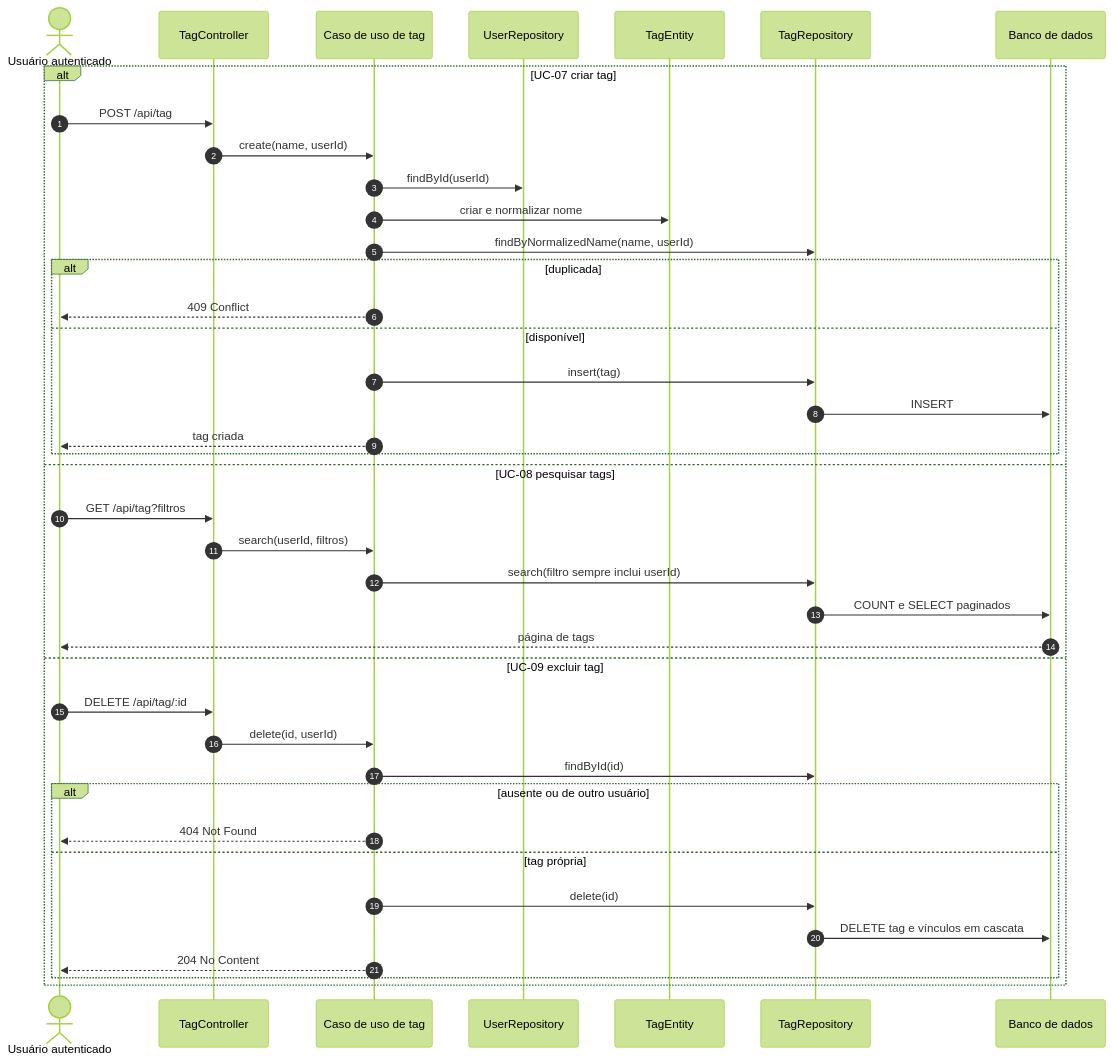
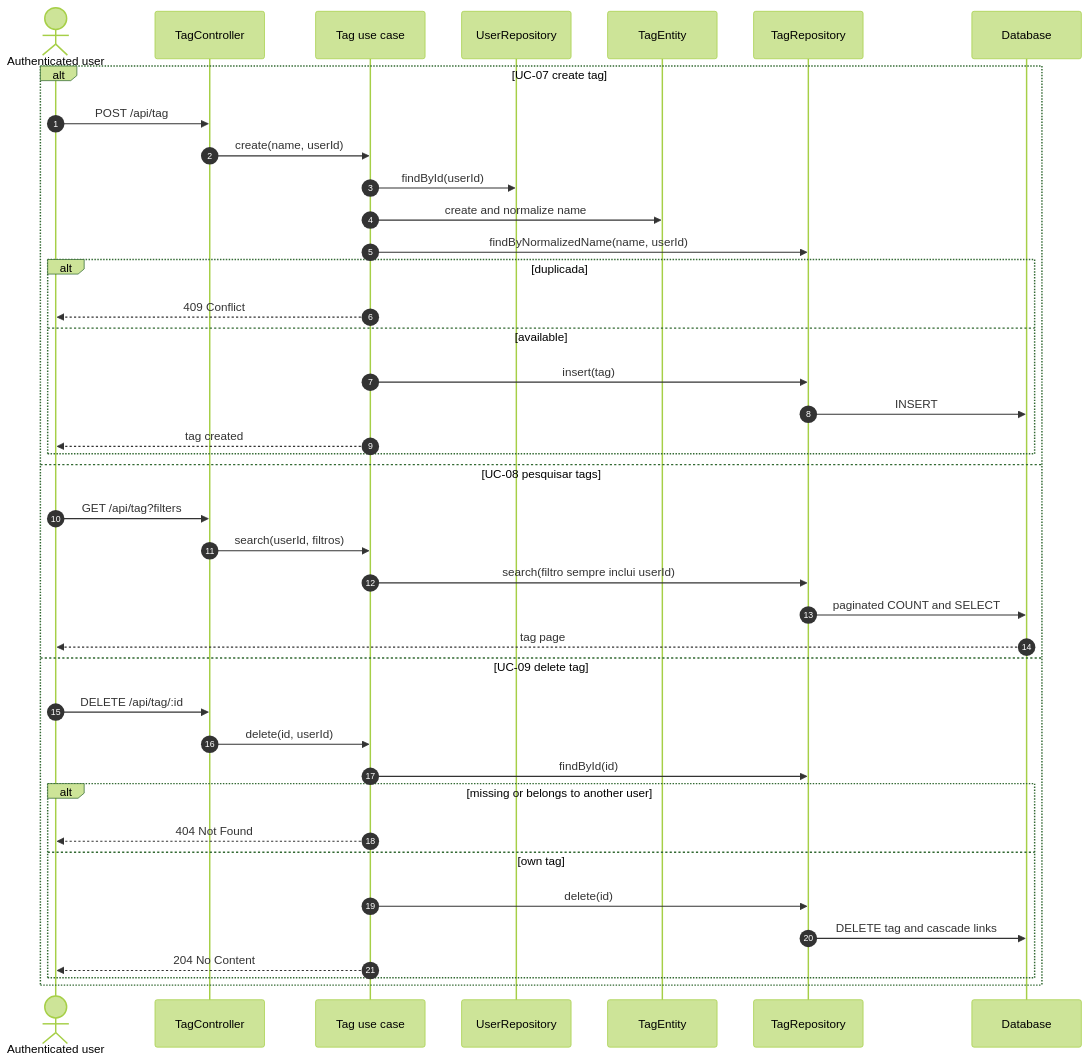
The sixth of 6 diagrams in docs/diagrams/sequences/account-and-tags.md (Lucalopezz/DevLog), drawn with Mermaid (forest theme) before and after one commit. The commit also changed other lines of this file and 235 other files, not shown here.

````diff
--- a/docs/diagrams/sequences/account-and-tags.md
+++ b/docs/diagrams/sequences/account-and-tags.md
@@ -165,43 +165,43 @@
 ```mermaid
 sequenceDiagram
     autonumber
-    actor Usuario as Usuário autenticado
+    actor UserActor as Authenticated user
     participant C as TagController
-    participant UC as Caso de uso de tag
+    participant UC as Tag use case
     participant URepo as UserRepository
     participant Tag as TagEntity
     participant TRepo as TagRepository
-    participant DB as Banco de dados
+    participant DB as Database
 
-    alt UC-07 criar tag
-        Usuario->>C: POST /api/tag
+    alt UC-07 create tag
+        UserActor->>C: POST /api/tag
         C->>UC: create(name, userId)
         UC->>URepo: findById(userId)
-        UC->>Tag: criar e normalizar nome
+        UC->>Tag: create and normalize name
         UC->>TRepo: findByNormalizedName(name, userId)
         alt duplicada
-            UC-->>Usuario: 409 Conflict
-        else disponível
+            UC-->>UserActor: 409 Conflict
+        else available
             UC->>TRepo: insert(tag)
             TRepo->>DB: INSERT
-            UC-->>Usuario: tag criada
+            UC-->>UserActor: tag created
         end
     else UC-08 pesquisar tags
-        Usuario->>C: GET /api/tag?filtros
+        UserActor->>C: GET /api/tag?filters
         C->>UC: search(userId, filtros)
         UC->>TRepo: search(filtro sempre inclui userId)
-        TRepo->>DB: COUNT e SELECT paginados
-        DB-->>Usuario: página de tags
-    else UC-09 excluir tag
-        Usuario->>C: DELETE /api/tag/:id
+        TRepo->>DB: paginated COUNT and SELECT
+        DB-->>UserActor: tag page
+    else UC-09 delete tag
+        UserActor->>C: DELETE /api/tag/:id
         C->>UC: delete(id, userId)
         UC->>TRepo: findById(id)
-        alt ausente ou de outro usuário
-            UC-->>Usuario: 404 Not Found
-        else tag própria
+        alt missing or belongs to another user
+            UC-->>UserActor: 404 Not Found
+        else own tag
             UC->>TRepo: delete(id)
-            TRepo->>DB: DELETE tag e vínculos em cascata
-            UC-->>Usuario: 204 No Content
+            TRepo->>DB: DELETE tag and cascade links
+            UC-->>UserActor: 204 No Content
         end
     end
 ```
````
